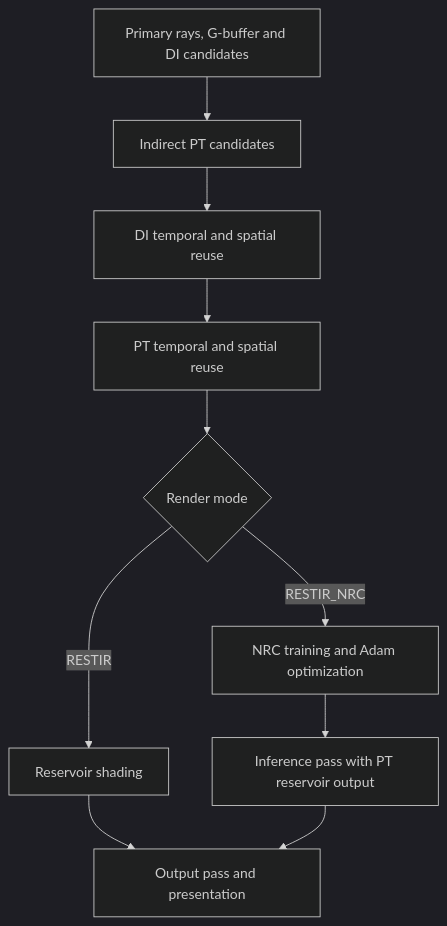
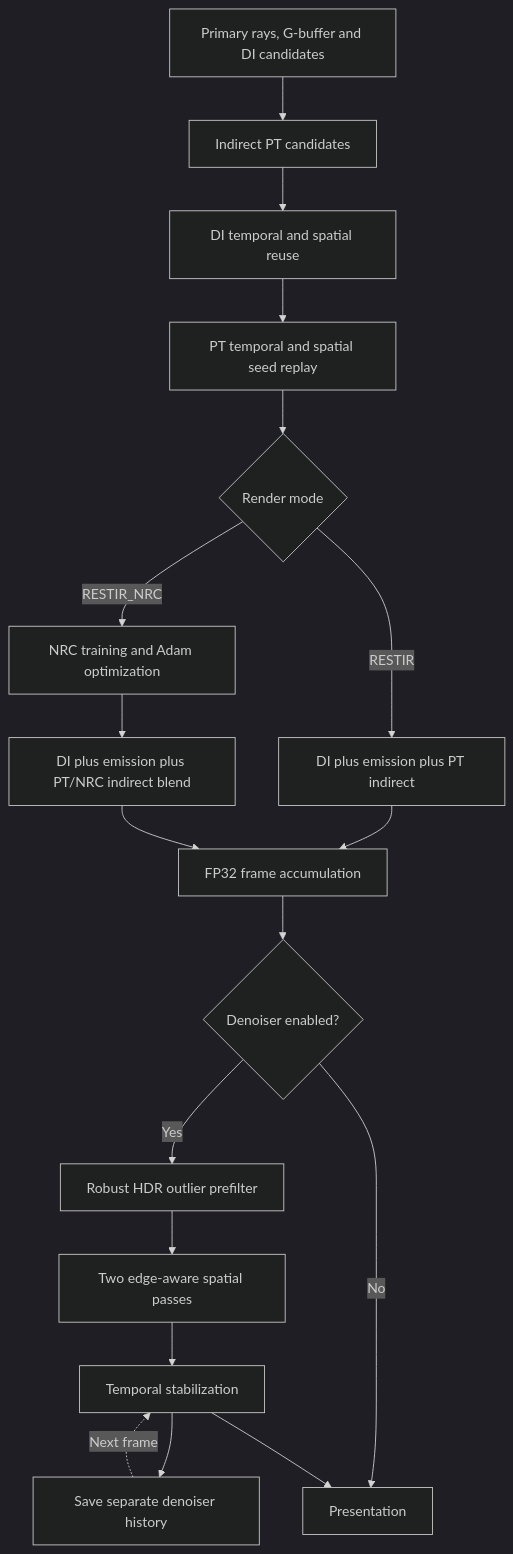
Before and after one commit to collateraris/VulkanLearn2: the diagram in README.md, drawn with Mermaid (dark theme). The commit also changed other lines of this file and 93 other files, not shown here.

````diff
--- a/README.md
+++ b/README.md
@@ -161,12 +247,20 @@
 ```mermaid
 flowchart TD
     A[Primary rays, G-buffer and DI candidates] --> B[Indirect PT candidates]
     B --> C[DI temporal and spatial reuse]
-    C --> D[PT temporal and spatial reuse]
+    C --> D[PT temporal and spatial seed replay]
     D --> E{Render mode}
-    E -->|RESTIR| F[Reservoir shading]
+    E -->|RESTIR| F[DI plus emission plus PT indirect]
     E -->|RESTIR_NRC| G[NRC training and Adam optimization]
-    G --> H[Inference pass with PT reservoir output]
-    F --> I[Output pass and presentation]
+    G --> H[DI plus emission plus PT/NRC indirect blend]
+    F --> I[FP32 frame accumulation]
     H --> I
+    I --> J{Denoiser enabled?}
+    J -->|Yes| K[Robust HDR outlier prefilter]
+    J -->|No| L[Presentation]
+    K --> M[Two edge-aware spatial passes]
+    M --> N[Temporal stabilization]
+    N --> O[Save separate denoiser history]
+    O -.->|Next frame| N
+    N --> L
 ```
````
